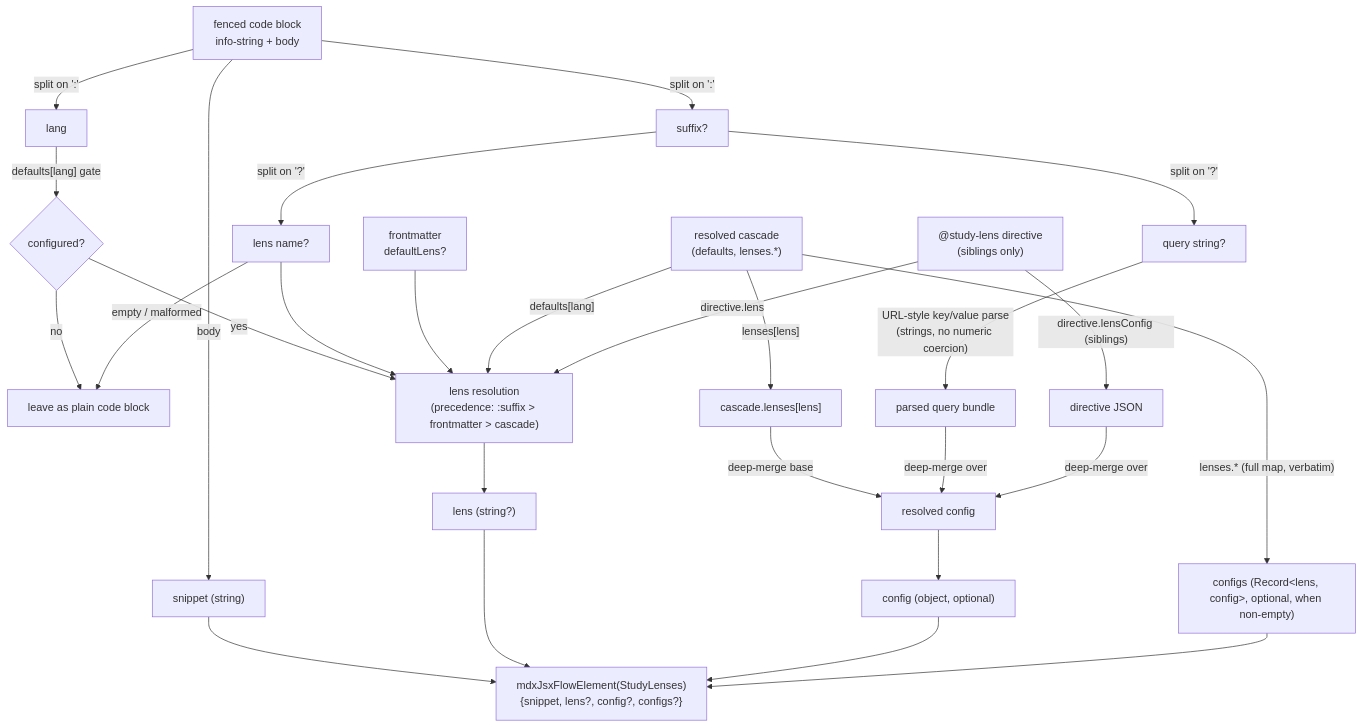
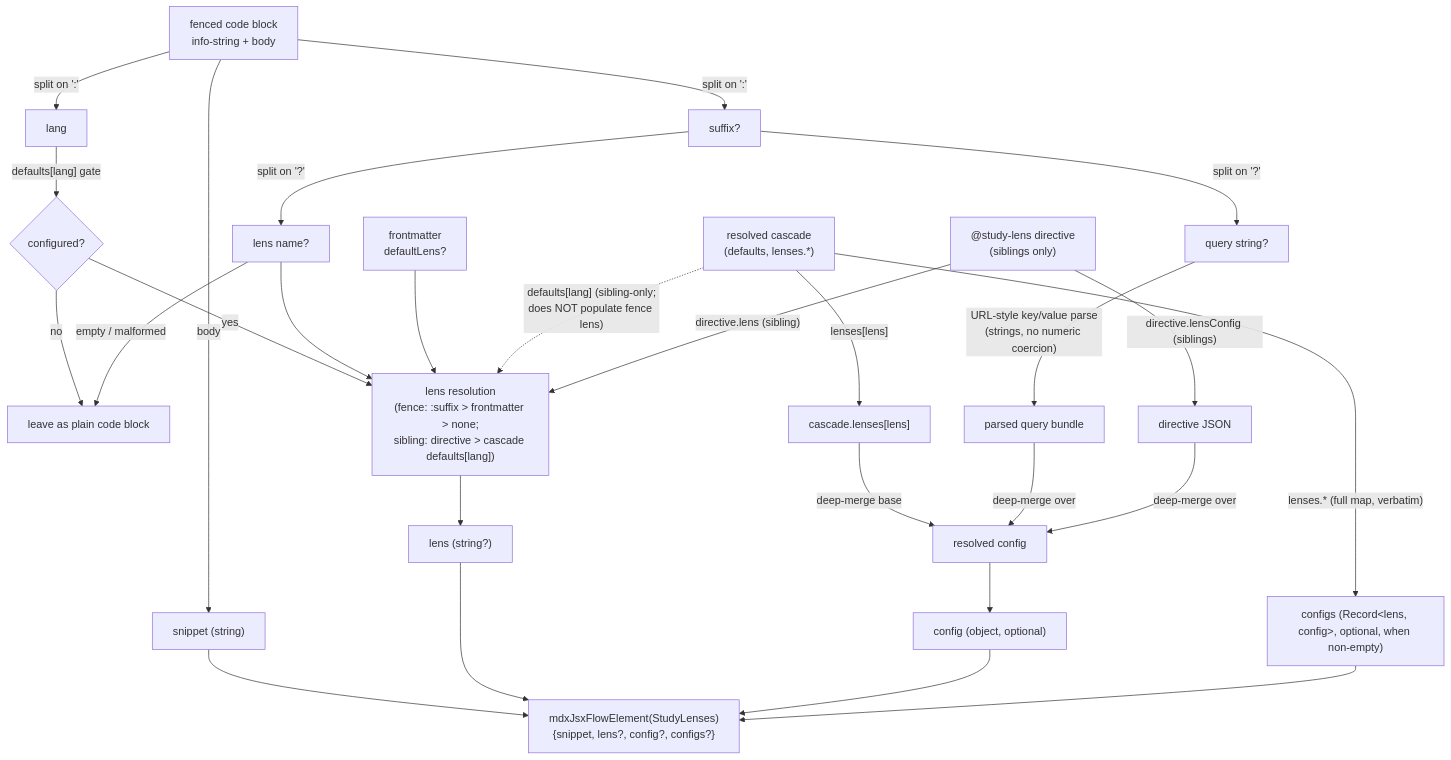
One commit to codeschoolinabox/curricula changed the diagram in src/plugins/study-lenses/DOCS.md. Above: the diagram before and after it, drawn with Mermaid. The commit also changed 4 other files, not shown here.

````diff
--- a/src/plugins/study-lenses/DOCS.md
+++ b/src/plugins/study-lenses/DOCS.md
@@ -95,40 +95,40 @@
 ```mermaid
 flowchart TD
     Fence["fenced code block<br/>info-string + body"]
     Frontmatter["frontmatter<br/>defaultLens?"]
     Cascade["resolved cascade<br/>(defaults, lenses.*)"]
     Directive["@study-lens directive<br/>(siblings only)"]
 
     Fence -->|"split on ':'"| Lang["lang"]
     Fence -->|"split on ':'"| Suffix["suffix?"]
     Fence -->|"body"| Snippet["snippet (string)"]
 
     Lang -->|"defaults[lang] gate"| Configured{"configured?"}
     Configured -->|"no"| Untransformed["leave as plain code block"]
     Configured -->|"yes"| LensResolution
 
     Suffix -->|"split on '?'"| LensName["lens name?"]
     Suffix -->|"split on '?'"| Query["query string?"]
 
     LensName -->|"empty / malformed"| Untransformed
-    LensName --> LensResolution["lens resolution<br/>(precedence: :suffix > frontmatter > cascade)"]
+    LensName --> LensResolution["lens resolution<br/>(fence: :suffix > frontmatter > none;<br/>sibling: directive > cascade defaults[lang])"]
     Frontmatter --> LensResolution
-    Cascade -->|"defaults[lang]"| LensResolution
-    Directive -->|"directive.lens"| LensResolution
+    Cascade -.->|"defaults[lang] (sibling-only;<br/>does NOT populate fence lens)"| LensResolution
+    Directive -->|"directive.lens (sibling)"| LensResolution
     LensResolution --> LensProp["lens (string?)"]
 
     Query -->|"URL-style key/value parse<br/>(strings, no numeric coercion)"| ParsedQuery["parsed query bundle"]
     Directive -->|"directive.lensConfig (siblings)"| DirectiveJSON["directive JSON"]
     Cascade -->|"lenses[lens]"| CascadeLens["cascade.lenses[lens]"]
     CascadeLens -->|"deep-merge base"| ConfigBase
     ParsedQuery -->|"deep-merge over"| ConfigBase
     DirectiveJSON -->|"deep-merge over"| ConfigBase
     ConfigBase["resolved config"]  --> ConfigProp["config (object, optional)"]
 
     Cascade -->|"lenses.* (full map, verbatim)"| ConfigsProp["configs (Record&lt;lens, config&gt;, optional, when non-empty)"]
 
     Snippet --> EmittedJSX["mdxJsxFlowElement(StudyLenses)<br/>{snippet, lens?, config?, configs?}"]
     LensProp --> EmittedJSX
     ConfigProp --> EmittedJSX
     ConfigsProp --> EmittedJSX
 ```
````
